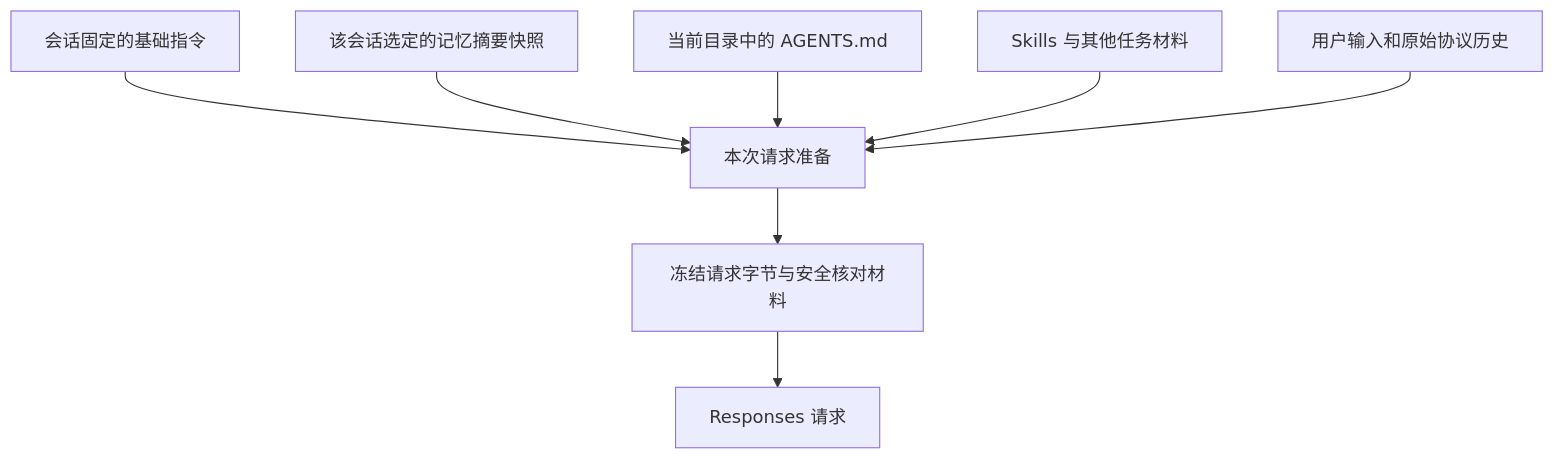
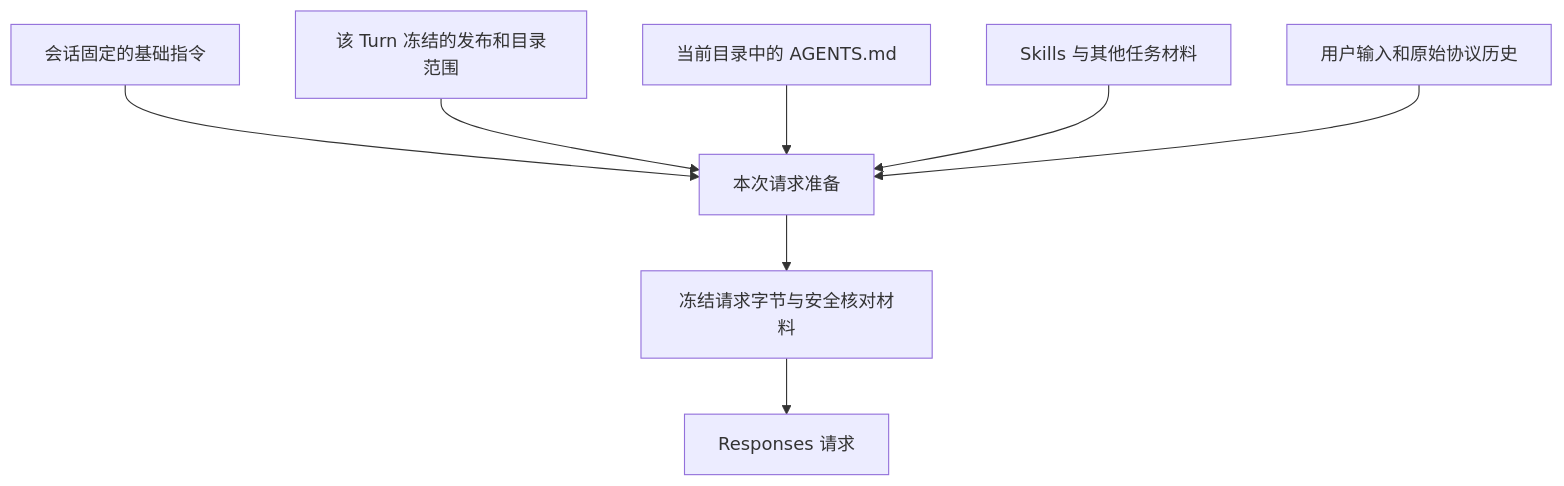
Before and after one commit to slc90/Agentelier: the second of 4 diagrams in docs/design/mechanisms/long-term-memory.md, drawn with Mermaid. The commit also changed other lines of this file and 21 other files, not shown here.

````diff
--- a/docs/design/mechanisms/long-term-memory.md
+++ b/docs/design/mechanisms/long-term-memory.md
@@ -121,10 +121,10 @@
 ```mermaid
 flowchart TD
     B["会话固定的基础指令"] --> P["本次请求准备"]
-    M["该会话选定的记忆摘要快照"] --> P
+    M["该 Turn 冻结的发布和目录范围"] --> P
     A["当前目录中的 AGENTS.md"] --> P
     S["Skills 与其他任务材料"] --> P
     H["用户输入和原始协议历史"] --> P
     P --> F["冻结请求字节与安全核对材料"]
     F --> L["Responses 请求"]
 ```
````
